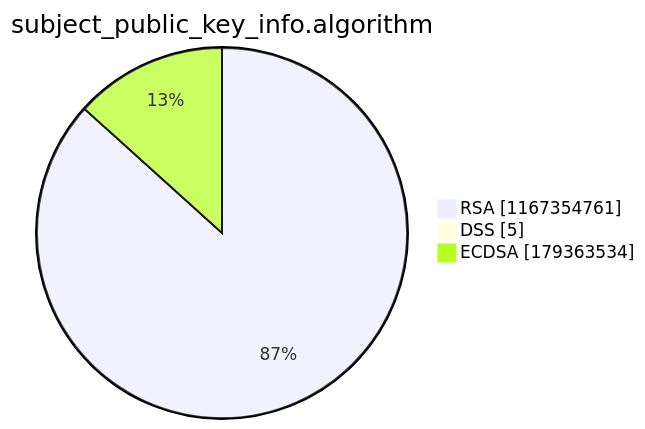
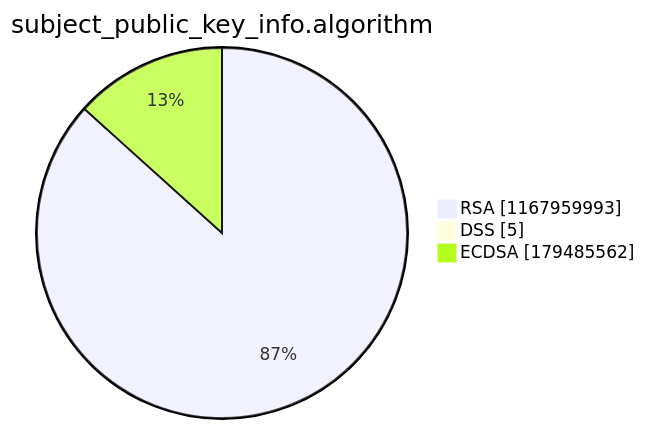
Before and after one commit to christiankrug/ctmonitor_visualization: the third of 15 diagrams in argon2022/README.md, drawn with Mermaid. The commit also changed other lines of this file, not shown here.

````diff
--- a/argon2022/README.md
+++ b/argon2022/README.md
@@ -14,7 +14,7 @@
 ```mermaid
 pie showData
 title subject_public_key_info.algorithm
-"RSA" :1167354761
+"RSA" :1167959993
 "DSS" :5
-"ECDSA" :179363534
+"ECDSA" :179485562
 ```
````
